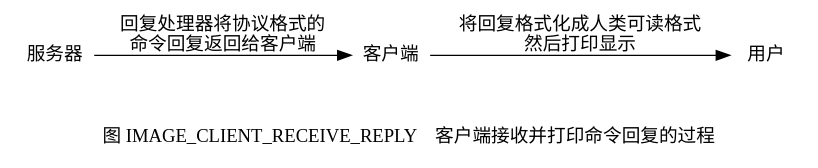
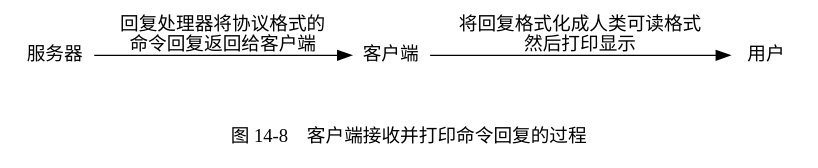
Before and after one commit to huangzworks/redisbook1e: the eighth of 8 diagrams in preview/server/execute_command.rst, drawn with Graphviz. The commit also changed other lines of this file and 2 other files, not shown here.

```diff
--- a/preview/server/execute_command.rst
+++ b/preview/server/execute_command.rst
@@ -626,23 +626,23 @@
 .. graphviz::
 
     digraph {
 
-        label = "\n\n 图 IMAGE_CLIENT_RECEIVE_REPLY    客户端接收并打印命令回复的过程";
+        label = "\n\n 图 14-8    客户端接收并打印命令回复的过程";
 
         rankdir = LR;
 
         node [shape = plaintext];
 
         user [label = "用户"];
 
         client [label = "客户端"];
 
         server [label = "服务器"];
 
         //
 
         server -> client [label = "回复处理器将协议格式的\n命令回复返回给客户端"];
 
         client -> user [label = "将回复格式化成人类可读格式 \n 然后打印显示"];
 
     }
```
